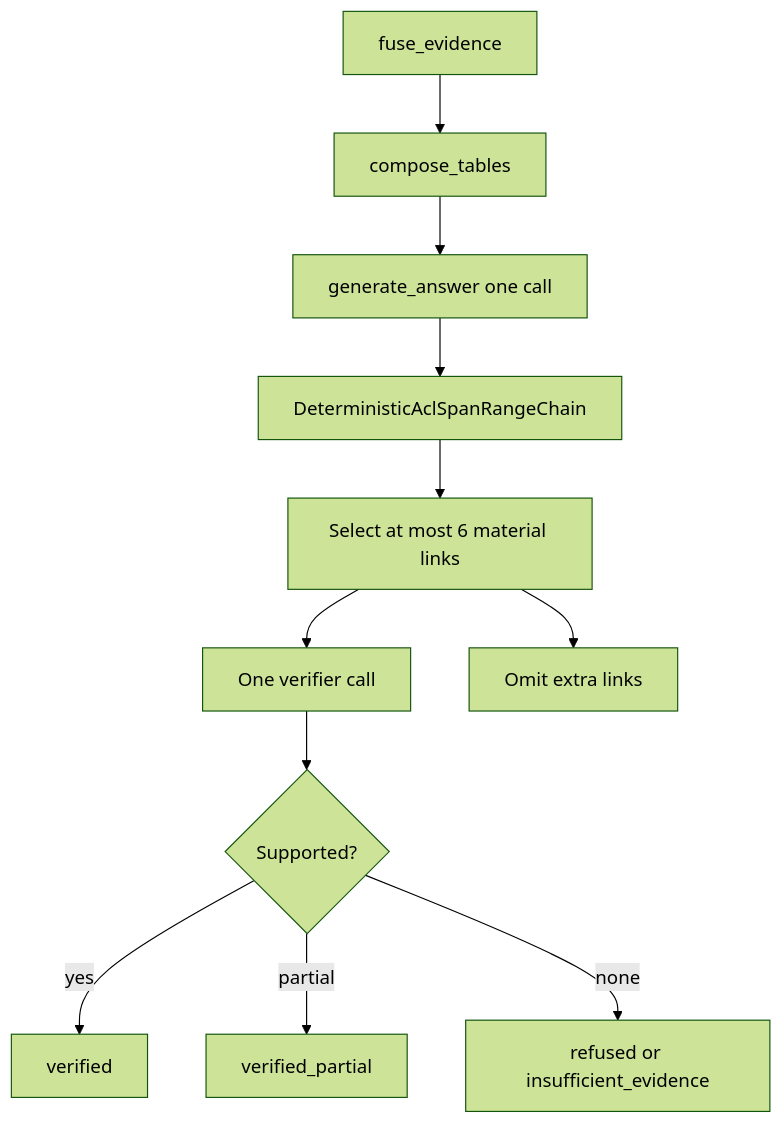
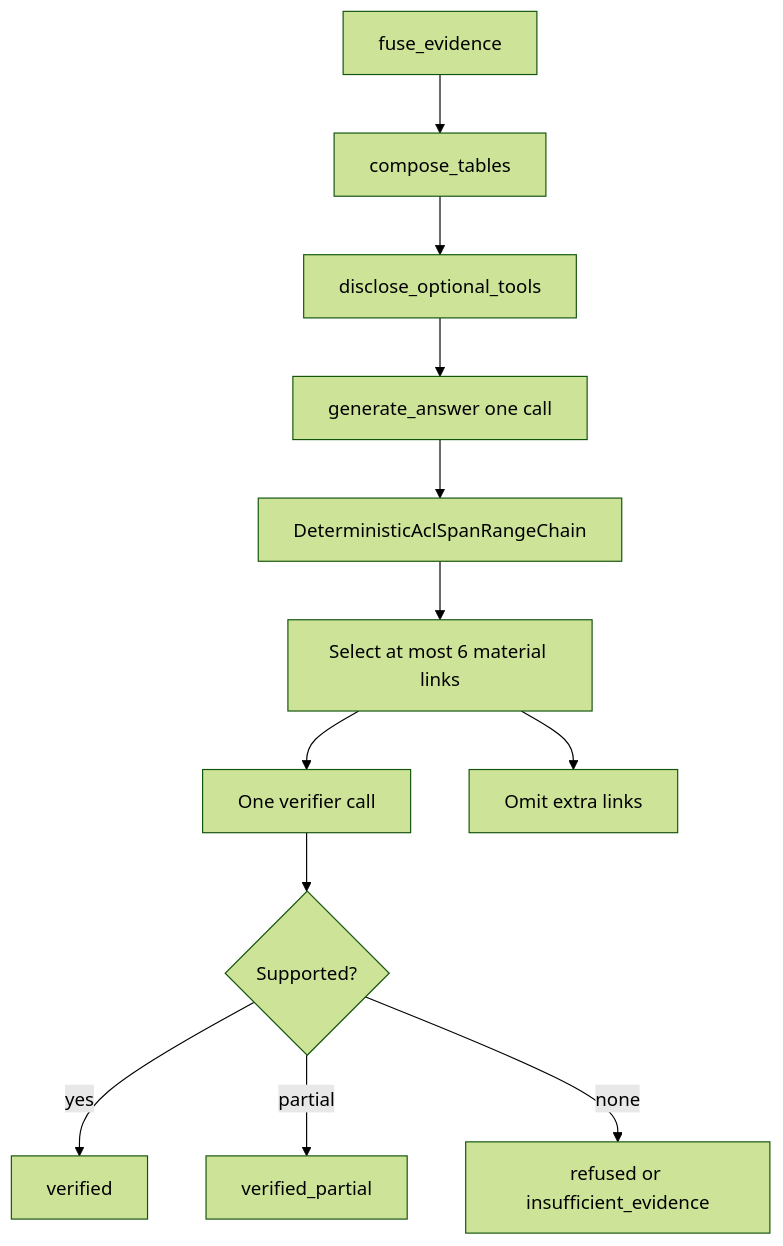
One commit to Nagdy8888/smart-rag changed the diagram in docs/agent/ANSWER_VERIFICATION.md. Above: the diagram before and after it, drawn with Mermaid (forest theme). The commit also changed other lines of this file and 42 other files, not shown here.

Commit message:
Keep optional tools behind deterministic mapping so core retrieval never pays a catalog discovery round.

````diff
--- a/docs/agent/ANSWER_VERIFICATION.md
+++ b/docs/agent/ANSWER_VERIFICATION.md
@@ -68,20 +70,21 @@
 ```mermaid
 flowchart TD
   fuse[fuse_evidence]
   tables[compose_tables]
   answer[generate_answer one call]
   det[DeterministicAclSpanRangeChain]
   batch[Select at most 6 material links]
   verify[One verifier call]
   omit[Omit extra links]
   fuse --> tables
-  tables --> answer
+  tables --> optional[disclose_optional_tools]
+  optional --> answer
   answer --> det
   det --> batch
   batch --> verify
   batch --> omit
   verify --> terminal{Supported?}
   terminal -->|yes| ok[verified]
   terminal -->|partial| partial[verified_partial]
   terminal -->|none| refuse[refused or insufficient_evidence]
 ```
````
